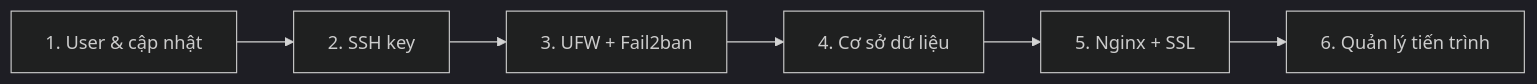
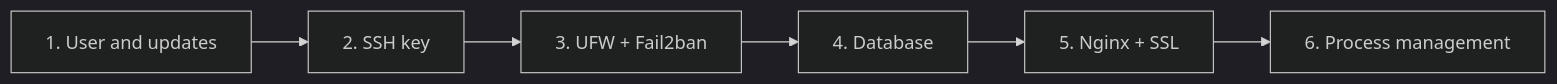
Before and after one commit to sunflynf/web-notes: the first of 2 diagrams in docs/devops/vps/ubuntu-server-setup.mdx, drawn with Mermaid (dark theme). The commit also changed other lines of this file and 33 other files, not shown here.

````diff
--- a/docs/devops/vps/ubuntu-server-setup.mdx
+++ b/docs/devops/vps/ubuntu-server-setup.mdx
@@ -16,8 +16,8 @@
 ```mermaid
 flowchart LR
-  A[1. User & cập nhật] --> B[2. SSH key]
+  A[1. User and updates] --> B[2. SSH key]
   B --> C[3. UFW + Fail2ban]
-  C --> D[4. Cơ sở dữ liệu]
+  C --> D[4. Database]
   D --> E[5. Nginx + SSL]
-  E --> F[6. Quản lý tiến trình]
+  E --> F[6. Process management]
 ```
````
